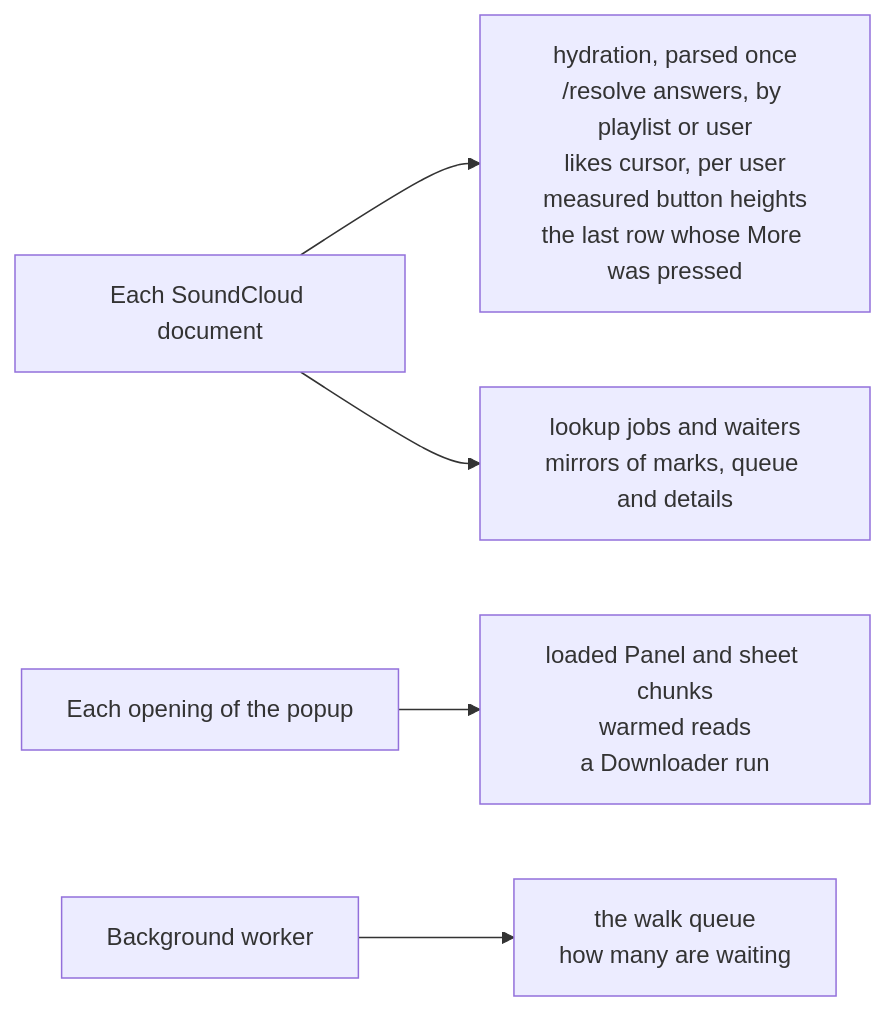
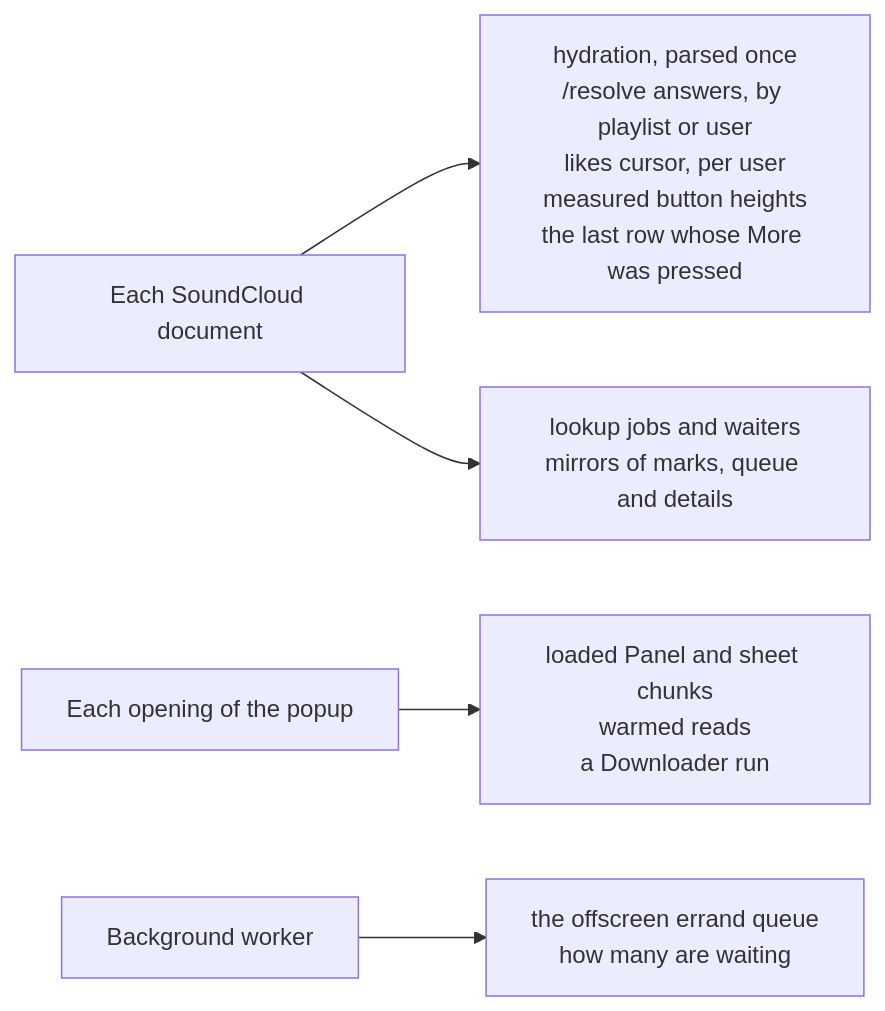
One commit to cutenode/localnetwork changed the fourth of 9 diagrams in apps/localtoolbox/docs/diagrams/state.md. Above: the diagram before and after it, drawn with Mermaid. The commit also changed other lines of this file and 58 other files, not shown here.

````diff
--- a/apps/localtoolbox/docs/diagrams/state.md
+++ b/apps/localtoolbox/docs/diagrams/state.md
@@ -87,15 +95,15 @@
 ```mermaid
 flowchart LR
   Doc["Each SoundCloud document"]
   Popup["Each opening of the popup"]
   Worker["Background worker"]
   Page["hydration, parsed once<br/>/resolve answers, by playlist or user<br/>likes cursor, per user<br/>measured button heights<br/>the last row whose More was pressed"]
   Jobs["lookup jobs and waiters<br/>mirrors of marks, queue and details"]
   Chunks["loaded Panel and sheet chunks<br/>warmed reads<br/>a Downloader run"]
-  Turn["the walk queue<br/>how many are waiting"]
+  Turn["the offscreen errand queue<br/>how many are waiting"]
 
   Doc --> Page
   Doc --> Jobs
   Popup --> Chunks
   Worker --> Turn
 ```
````
